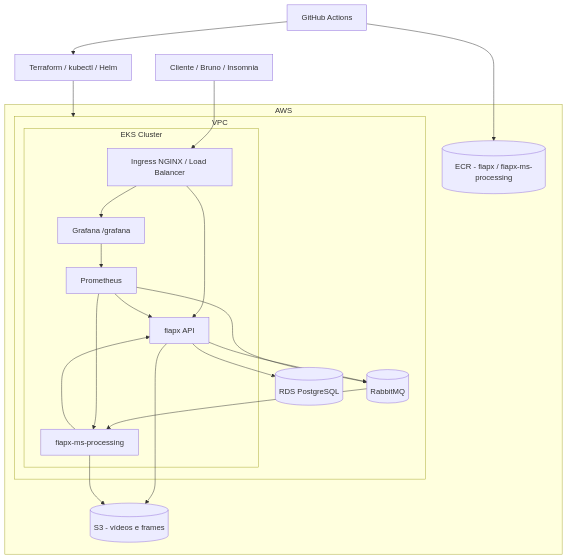
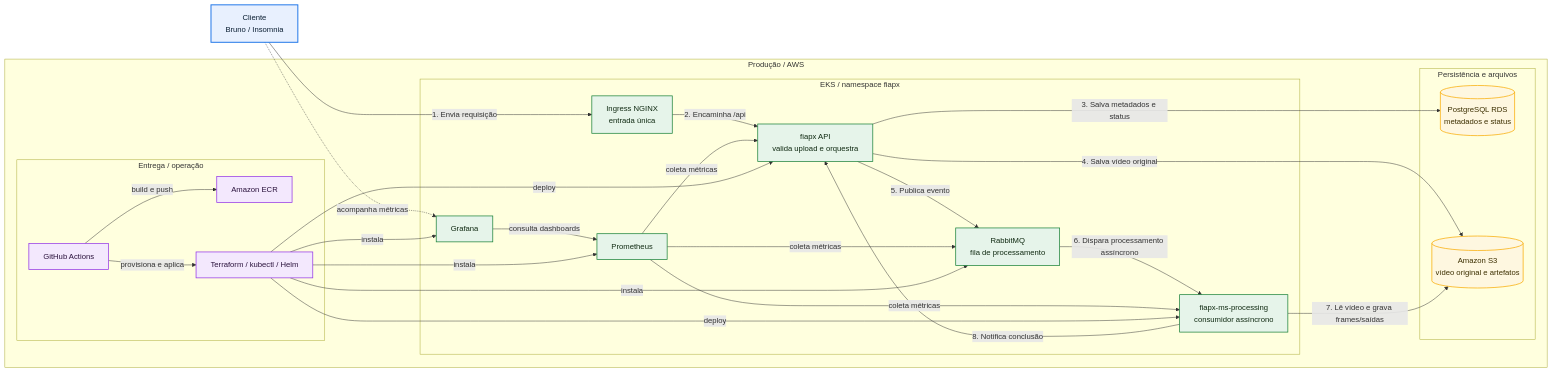
The first of 2 diagrams in README.md (group-240/fiapx-infra), drawn with Mermaid before and after one commit. The commit also changed other lines of this file and 2 other files, not shown here.

Commit message:
docs: redesenhar arquitetura e fluxo e2e

````diff
--- a/README.md
+++ b/README.md
@@ -24,40 +29,61 @@
 ```mermaid
-flowchart TD
-    USER[Cliente / Bruno / Insomnia] --> LB[Ingress NGINX / Load Balancer]
+flowchart LR
+  classDef actor fill:#E8F0FE,stroke:#1A73E8,color:#0B1F33,stroke-width:2px;
+  classDef service fill:#E6F4EA,stroke:#188038,color:#102A12,stroke-width:1.5px;
+  classDef data fill:#FEF7E0,stroke:#F9AB00,color:#3C2F00,stroke-width:1.5px;
+  classDef ops fill:#F3E8FD,stroke:#9334E6,color:#2A123C,stroke-width:1.5px;
 
-    LB --> API[fiapx API]
-    LB --> GRAFANA[Grafana /grafana]
+  USER[Cliente<br/>Bruno / Insomnia]
 
-    API --> RABBIT[(RabbitMQ)]
-    API --> S3[(S3 - vídeos e frames)]
-    API --> RDS[(RDS PostgreSQL)]
-
-    RABBIT --> WORKER[fiapx-ms-processing]
-    WORKER --> S3
-    WORKER --> API
-
-    PROM[Prometheus] --> API
-    PROM --> WORKER
-    PROM --> RABBIT
-    GRAFANA --> PROM
-
-    subgraph AWS["AWS"]
-      subgraph VPC["VPC"]
-        subgraph EKS["EKS Cluster"]
-          LB
-          API
-          WORKER
-          PROM
-          GRAFANA
-        end
-        RABBIT
-        RDS
-      end
-      S3
-      ECR[(ECR - fiapx / fiapx-ms-processing)]
+  subgraph PROD["Produção / AWS"]
+    subgraph RUNTIME["EKS / namespace fiapx"]
+      INGRESS[Ingress NGINX<br/>entrada única]
+      API[fiapx API<br/>valida upload e orquestra]
+      MQ[RabbitMQ<br/>fila de processamento]
+      WORKER[fiapx-ms-processing<br/>consumidor assíncrono]
+      PROM[Prometheus]
+      GRAF[Grafana]
     end
 
-    GH[GitHub Actions] --> TF[Terraform / kubectl / Helm]
-    GH --> ECR
-    TF --> EKS
+    subgraph DATA["Persistência e arquivos"]
+      RDS[(PostgreSQL RDS<br/>metadados e status)]
+      S3[(Amazon S3<br/>vídeo original e artefatos)]
+    end
+
+    subgraph DELIVERY["Entrega / operação"]
+      GH[GitHub Actions]
+      ECR[Amazon ECR]
+      OPS[Terraform / kubectl / Helm]
+    end
+  end
+
+  USER -->|1. Envia requisição| INGRESS
+  USER -. acompanha métricas .-> GRAF
+
+  INGRESS -->|2. Encaminha /api| API
+  API -->|3. Salva metadados e status| RDS
+  API -->|4. Salva vídeo original| S3
+  API -->|5. Publica evento| MQ
+
+  MQ -->|6. Dispara processamento assíncrono| WORKER
+  WORKER -->|7. Lê vídeo e grava frames/saídas| S3
+  WORKER -->|8. Notifica conclusão| API
+
+  PROM -->|coleta métricas| API
+  PROM -->|coleta métricas| WORKER
+  PROM -->|coleta métricas| MQ
+  GRAF -->|consulta dashboards| PROM
+
+  GH -->|build e push| ECR
+  GH -->|provisiona e aplica| OPS
+  OPS -->|deploy| API
+  OPS -->|deploy| WORKER
+  OPS -->|instala| MQ
+  OPS -->|instala| PROM
+  OPS -->|instala| GRAF
+
+  class USER actor;
+  class INGRESS,API,MQ,WORKER,PROM,GRAF service;
+  class RDS,S3 data;
+  class GH,ECR,OPS ops;
 ```
````
